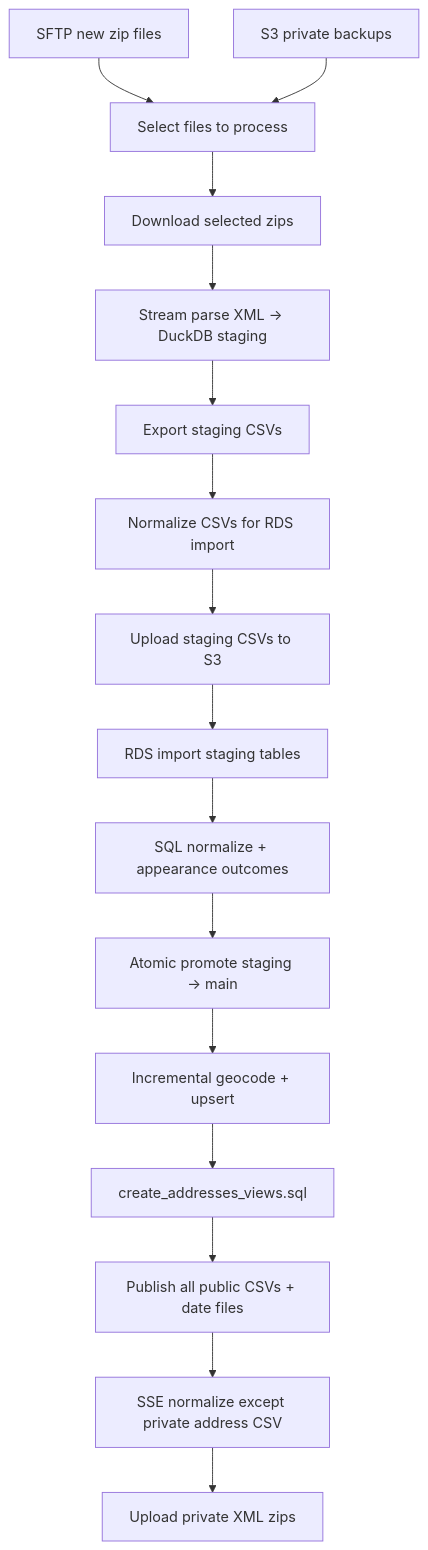
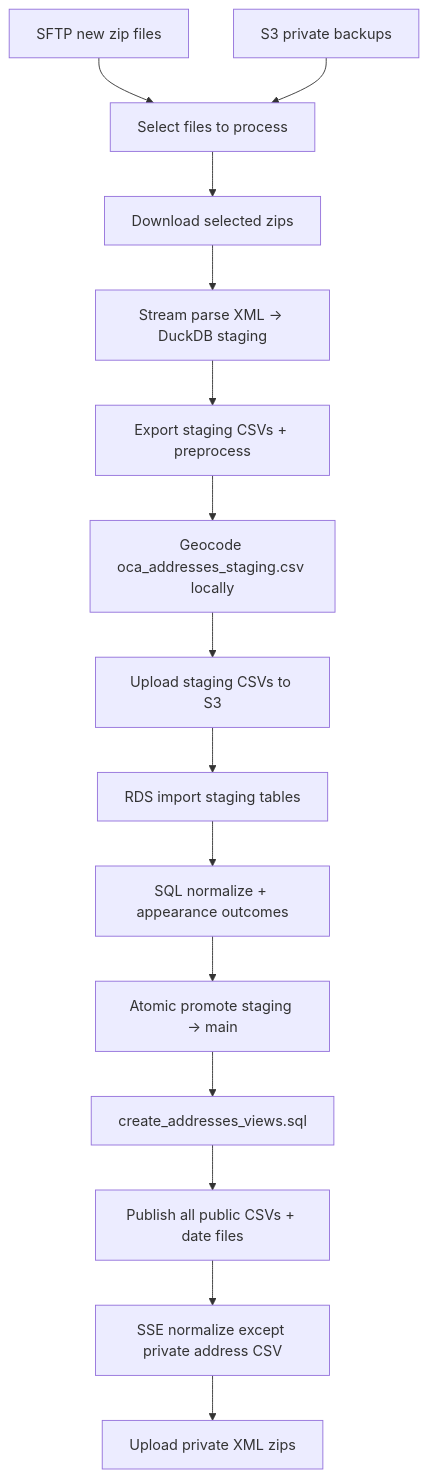
The diagram in lib/README.md (housing-data-coalition/oca), drawn with Mermaid before and after one commit. The commit also changed other lines of this file and 2 other files, not shown here.

````diff
--- a/lib/README.md
+++ b/lib/README.md
@@ -9,18 +12,17 @@
 ```mermaid
 flowchart TD
   sftp[SFTP new zip files] --> select[Select files to process]
   s3backup[S3 private backups] --> select
   select --> download[Download selected zips]
   download --> parse[Stream parse XML → DuckDB staging]
-  parse --> export[Export staging CSVs]
-  export --> preprocess[Normalize CSVs for RDS import]
-  preprocess --> s3upload[Upload staging CSVs to S3]
+  parse --> export[Export staging CSVs + preprocess]
+  export --> geo[Geocode oca_addresses_staging.csv locally]
+  geo --> s3upload[Upload staging CSVs to S3]
   s3upload --> import[RDS import staging tables]
   import --> normalize[SQL normalize + appearance outcomes]
   normalize --> promote[Atomic promote staging → main]
-  promote --> geocode[Incremental geocode + upsert]
-  geocode --> views[create_addresses_views.sql]
+  promote --> views[create_addresses_views.sql]
   views --> publish[Publish all public CSVs + date files]
   publish --> enc[SSE normalize except private address CSV]
   enc --> priv[Upload private XML zips]
 ```
````
